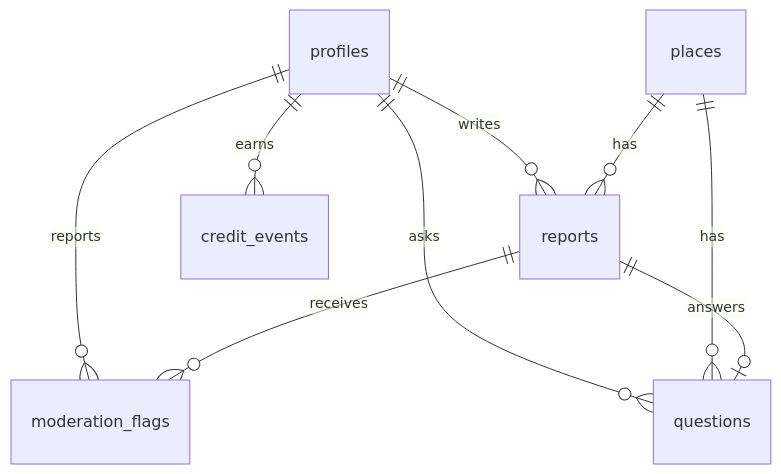
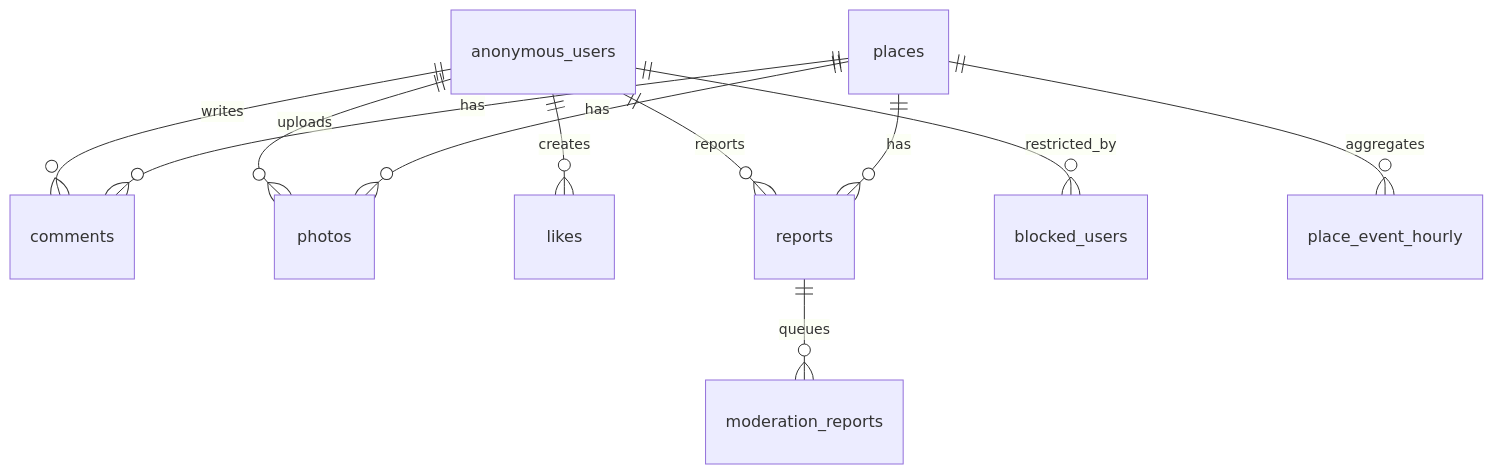
The diagram in _workspace/03_db_schema.md (dudqks0319-cpu/silsigan-place-sns), drawn with Mermaid before and after one commit. The commit also changed other lines of this file and 241 other files, not shown here.

````diff
--- a/_workspace/03_db_schema.md
+++ b/_workspace/03_db_schema.md
@@ -5,11 +5,13 @@
 ```mermaid
 erDiagram
-  profiles ||--o{ reports : writes
-  profiles ||--o{ questions : asks
-  profiles ||--o{ credit_events : earns
-  profiles ||--o{ moderation_flags : reports
+  anonymous_users ||--o{ comments : writes
+  anonymous_users ||--o{ photos : uploads
+  anonymous_users ||--o{ likes : creates
+  anonymous_users ||--o{ reports : reports
+  anonymous_users ||--o{ blocked_users : restricted_by
+  reports ||--o{ moderation_reports : queues
   places ||--o{ reports : has
-  places ||--o{ questions : has
-  reports ||--o{ moderation_flags : receives
-  reports ||--o| questions : answers
+  places ||--o{ comments : has
+  places ||--o{ photos : has
+  places ||--o{ place_event_hourly : aggregates
 ```
````
